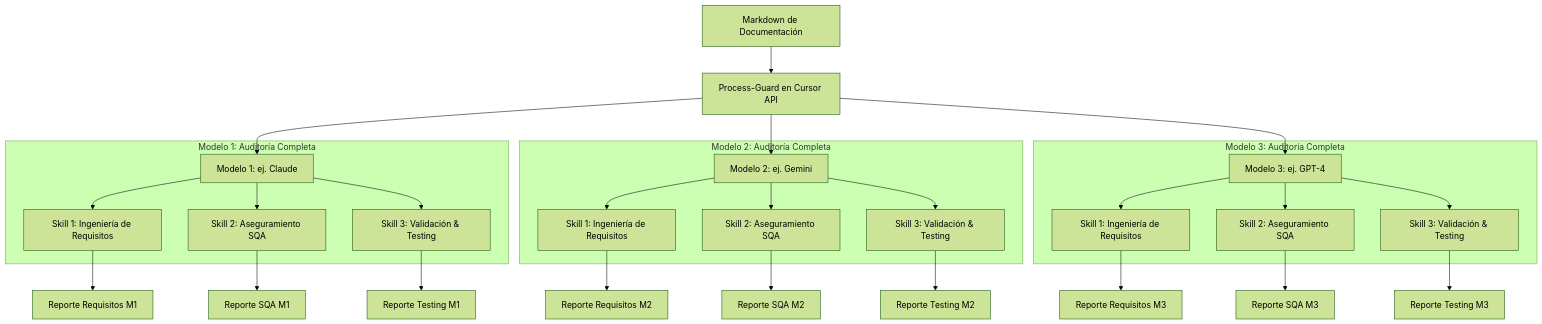
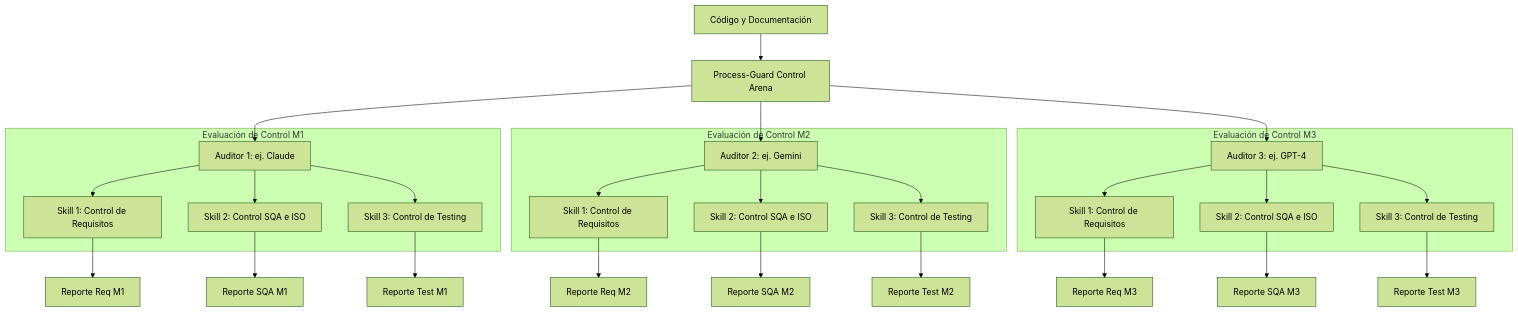
One commit to AXLAAF/Hakaton changed the diagram in proyect/flujo_sqa_ia.md. Above: the diagram before and after it, drawn with Mermaid (forest theme). The commit also changed other lines of this file, not shown here.

Commit message:
Pivot: Actualización a framework de AI Control basado en Linux Arena

````diff
--- a/proyect/flujo_sqa_ia.md
+++ b/proyect/flujo_sqa_ia.md
@@ -11,37 +17,37 @@
 ```mermaid
 graph TD
-    A[Markdown de Documentación] --> B[Process-Guard en Cursor API]
-    B --> M1[Modelo 1: ej. Claude]
-    B --> M2[Modelo 2: ej. Gemini]
-    B --> M3[Modelo 3: ej. GPT-4]
+    A[Código y Documentación] --> B[Process-Guard Control Arena]
+    B --> M1[Auditor 1: ej. Claude]
+    B --> M2[Auditor 2: ej. Gemini]
+    B --> M3[Auditor 3: ej. GPT-4]
     
-    subgraph Modelo 1: Auditoría Completa
-        M1 --> M1_Req[Skill 1: Ingeniería de Requisitos]
-        M1 --> M1_SQA[Skill 2: Aseguramiento SQA]
-        M1 --> M1_Test[Skill 3: Validación & Testing]
+    subgraph Evaluación de Control M1
+        M1 --> M1_Req[Skill 1: Control de Requisitos]
+        M1 --> M1_SQA[Skill 2: Control SQA e ISO]
+        M1 --> M1_Test[Skill 3: Control de Testing]
     end
     
-    subgraph Modelo 2: Auditoría Completa
-        M2 --> M2_Req[Skill 1: Ingeniería de Requisitos]
-        M2 --> M2_SQA[Skill 2: Aseguramiento SQA]
-        M2 --> M2_Test[Skill 3: Validación & Testing]
+    subgraph Evaluación de Control M2
+        M2 --> M2_Req[Skill 1: Control de Requisitos]
+        M2 --> M2_SQA[Skill 2: Control SQA e ISO]
+        M2 --> M2_Test[Skill 3: Control de Testing]
     end
     
-    subgraph Modelo 3: Auditoría Completa
-        M3 --> M3_Req[Skill 1: Ingeniería de Requisitos]
-        M3 --> M3_SQA[Skill 2: Aseguramiento SQA]
-        M3 --> M3_Test[Skill 3: Validación & Testing]
+    subgraph Evaluación de Control M3
+        M3 --> M3_Req[Skill 1: Control de Requisitos]
+        M3 --> M3_SQA[Skill 2: Control SQA e ISO]
+        M3 --> M3_Test[Skill 3: Control de Testing]
     end
 
-    M1_Req --> R1[Reporte Requisitos M1]
+    M1_Req --> R1[Reporte Req M1]
     M1_SQA --> R2[Reporte SQA M1]
-    M1_Test --> R3[Reporte Testing M1]
+    M1_Test --> R3[Reporte Test M1]
     
-    M2_Req --> R4[Reporte Requisitos M2]
+    M2_Req --> R4[Reporte Req M2]
     M2_SQA --> R5[Reporte SQA M2]
-    M2_Test --> R6[Reporte Testing M2]
+    M2_Test --> R6[Reporte Test M2]
     
-    M3_Req --> R7[Reporte Requisitos M3]
+    M3_Req --> R7[Reporte Req M3]
     M3_SQA --> R8[Reporte SQA M3]
-    M3_Test --> R9[Reporte Testing M3]
+    M3_Test --> R9[Reporte Test M3]
 ```
````
